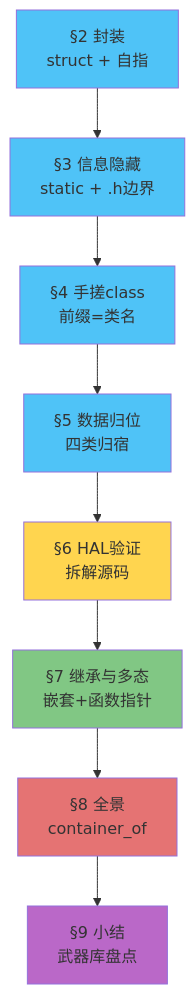
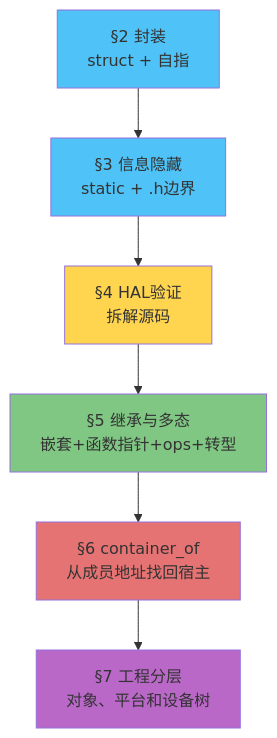
One commit to MosyuSora/STM32F4Learning changed the second of 5 diagrams in tutorials/Chapter5_C语言面向对象工程架构基础/Chapter5_C语言面向对象工程架构基础.md. Above: the diagram before and after it, drawn with Mermaid. The commit also changed other lines of this file and 29 other files, not shown here.

````diff
--- a/tutorials/Chapter5_C语言面向对象工程架构基础/Chapter5_C语言面向对象工程架构基础.md
+++ b/tutorials/Chapter5_C语言面向对象工程架构基础/Chapter5_C语言面向对象工程架构基础.md
@@ -119,19 +118,15 @@
 ```mermaid
 flowchart TD
     p2["§2 封装<br/>struct + 自指"] --> p3["§3 信息隐藏<br/>static + .h边界"]
-    p3 --> p4["§4 手搓class<br/>前缀=类名"]
-    p4 --> p5["§5 数据归位<br/>四类归宿"]
-    p5 --> p6["§6 HAL验证<br/>拆解源码"]
-    p6 --> p7["§7 继承与多态<br/>嵌套+函数指针"]
-    p7 --> p8["§8 全景<br/>container_of"]
-    p8 --> p9["§9 小结<br/>武器库盘点"]
+    p3 --> p4["§4 HAL验证<br/>拆解源码"]
+    p4 --> p5["§5 继承与多态<br/>嵌套+函数指针+ops+转型"]
+    p5 --> p6["§6 container_of<br/>从成员地址找回宿主"]
+    p6 --> p7["§7 工程分层<br/>对象、平台和设备树"]
 
     style p2 fill:#4FC3F7
     style p3 fill:#4FC3F7
-    style p4 fill:#4FC3F7
-    style p5 fill:#4FC3F7
-    style p6 fill:#FFD54F
-    style p7 fill:#81C784
-    style p8 fill:#E57373
-    style p9 fill:#BA68C8
+    style p4 fill:#FFD54F
+    style p5 fill:#81C784
+    style p6 fill:#E57373
+    style p7 fill:#BA68C8
 ```
````
